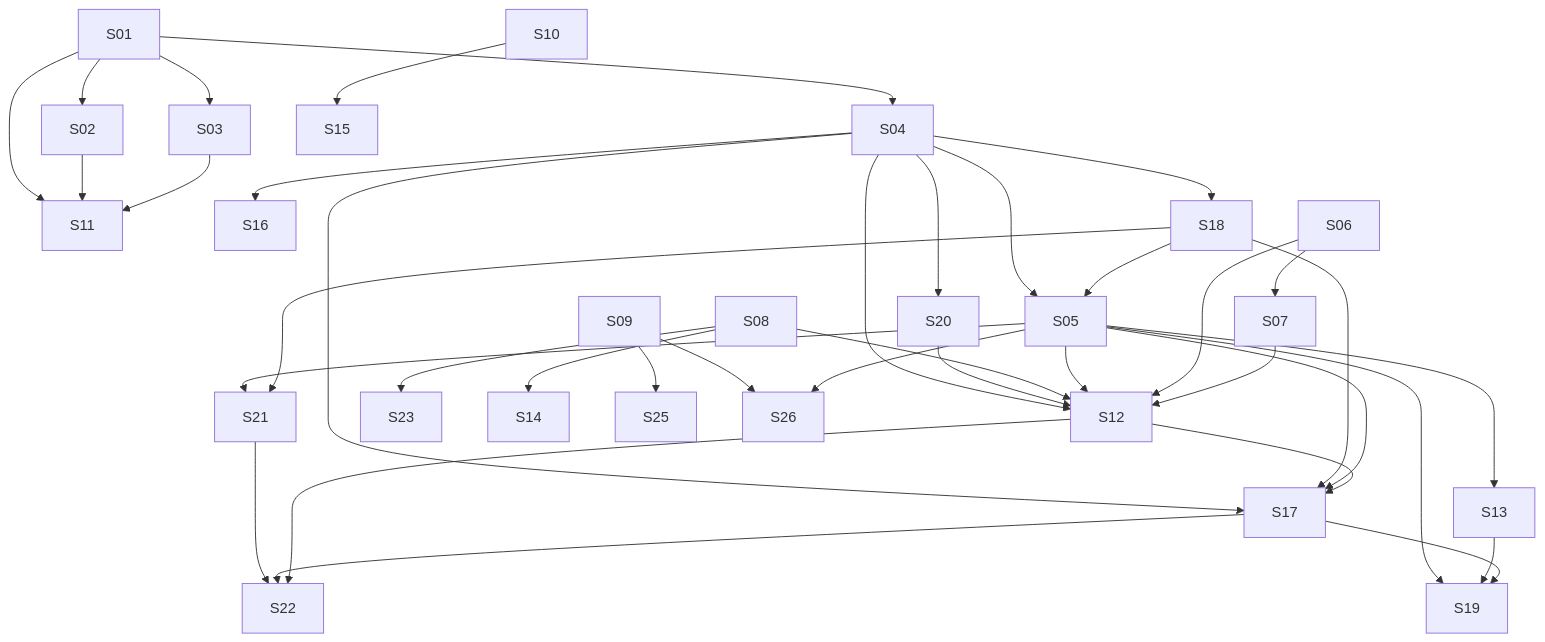
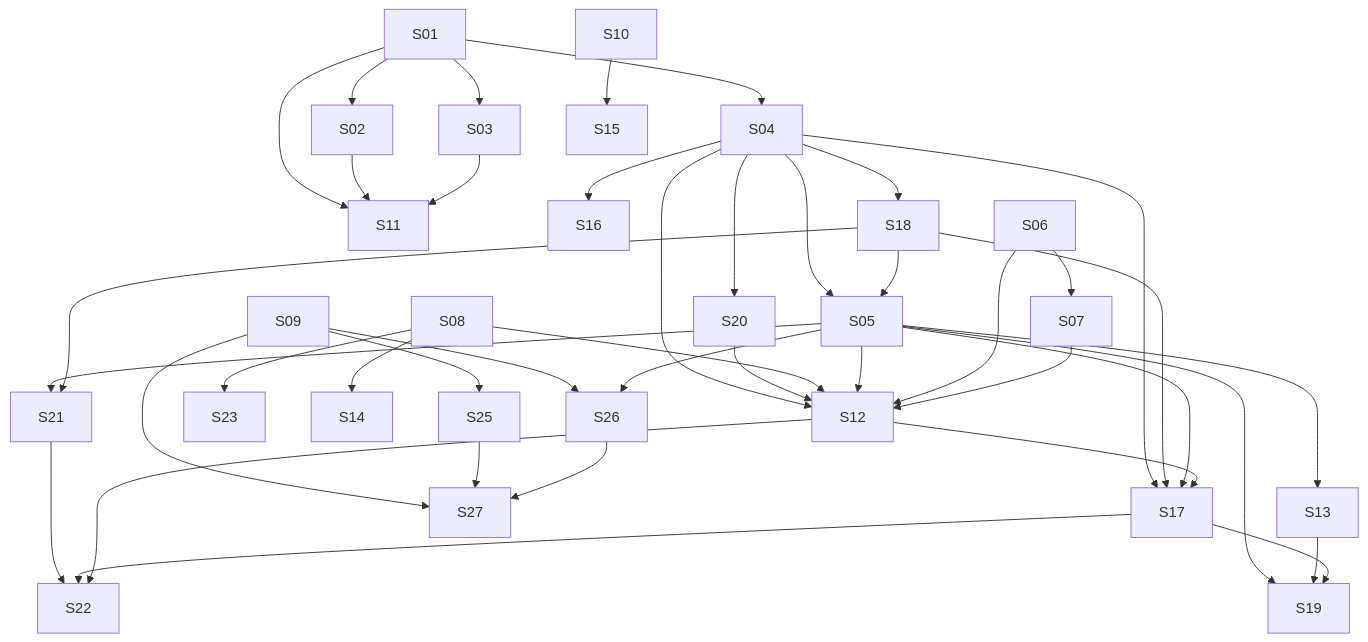
Before and after one commit to lmmoreira/ikaro: the diagram in plan/M23-MULTIVERTICAL-APPOINTMENT-BOOKING.md, drawn with Mermaid. The commit also changed other lines of this file and 11 other files, not shown here.

````diff
--- a/plan/M23-MULTIVERTICAL-APPOINTMENT-BOOKING.md
+++ b/plan/M23-MULTIVERTICAL-APPOINTMENT-BOOKING.md
@@ -46,40 +47,43 @@
 ```mermaid
 graph TD
   S01 --> S02
   S01 --> S03
   S01 --> S04
   S01 --> S11
   S02 --> S11
   S03 --> S11
   S04 --> S05
   S04 --> S12
   S04 --> S16
   S04 --> S17
   S04 --> S18
   S18 --> S05
   S04 --> S20
   S20 --> S12
   S05 --> S21
   S18 --> S21
   S21 --> S22
   S17 --> S22
   S12 --> S22
   S08 --> S12
   S08 --> S23
   S18 --> S17
   S05 --> S12
   S05 --> S13
   S05 --> S17
   S12 --> S17
   S05 --> S19
   S13 --> S19
   S17 --> S19
   S06 --> S07
   S06 --> S12
   S07 --> S12
   S08 --> S14
   S10 --> S15
   S09 --> S25
   S09 --> S26
   S05 --> S26
+  S09 --> S27
+  S25 --> S27
+  S26 --> S27
 ```
````
